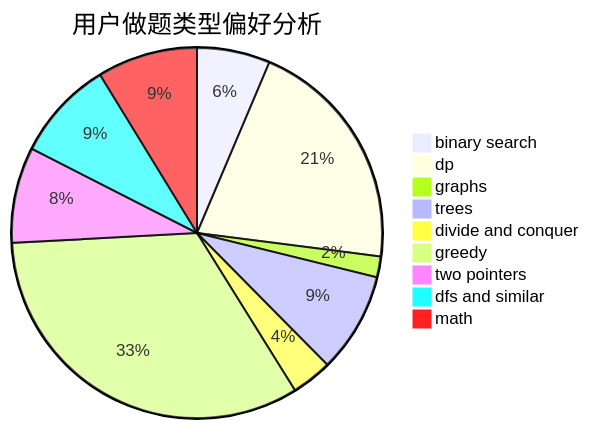
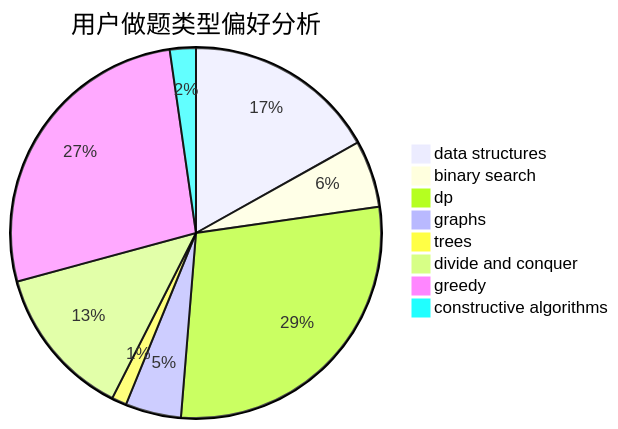
Before and after one commit to sherpahu/cfrs.github.io: the second of 3 diagrams in docs/user/u1390.md, drawn with Mermaid. The commit also changed other lines of this file and 2775 other files, not shown here.

````diff
--- a/docs/user/u1390.md
+++ b/docs/user/u1390.md
@@ -23,12 +23,11 @@
 ```mermaid
 pie title 用户做题类型偏好分析
-    "binary search" :  81
-    "dp" :  262
-    "graphs" :  23
-    "trees" :  111
-    "divide and conquer" :  45
-    "greedy" :  419
-    "two pointers" :  106
-    "dfs and similar" :  111
-    "math" :  111
+    "data structures" :  52
+    "binary search" :  18
+    "dp" :  88
+    "graphs" :  15
+    "trees" :  4
+    "divide and conquer" :  41
+    "greedy" :  83
+    "constructive algorithms" :  7
 ```
````
